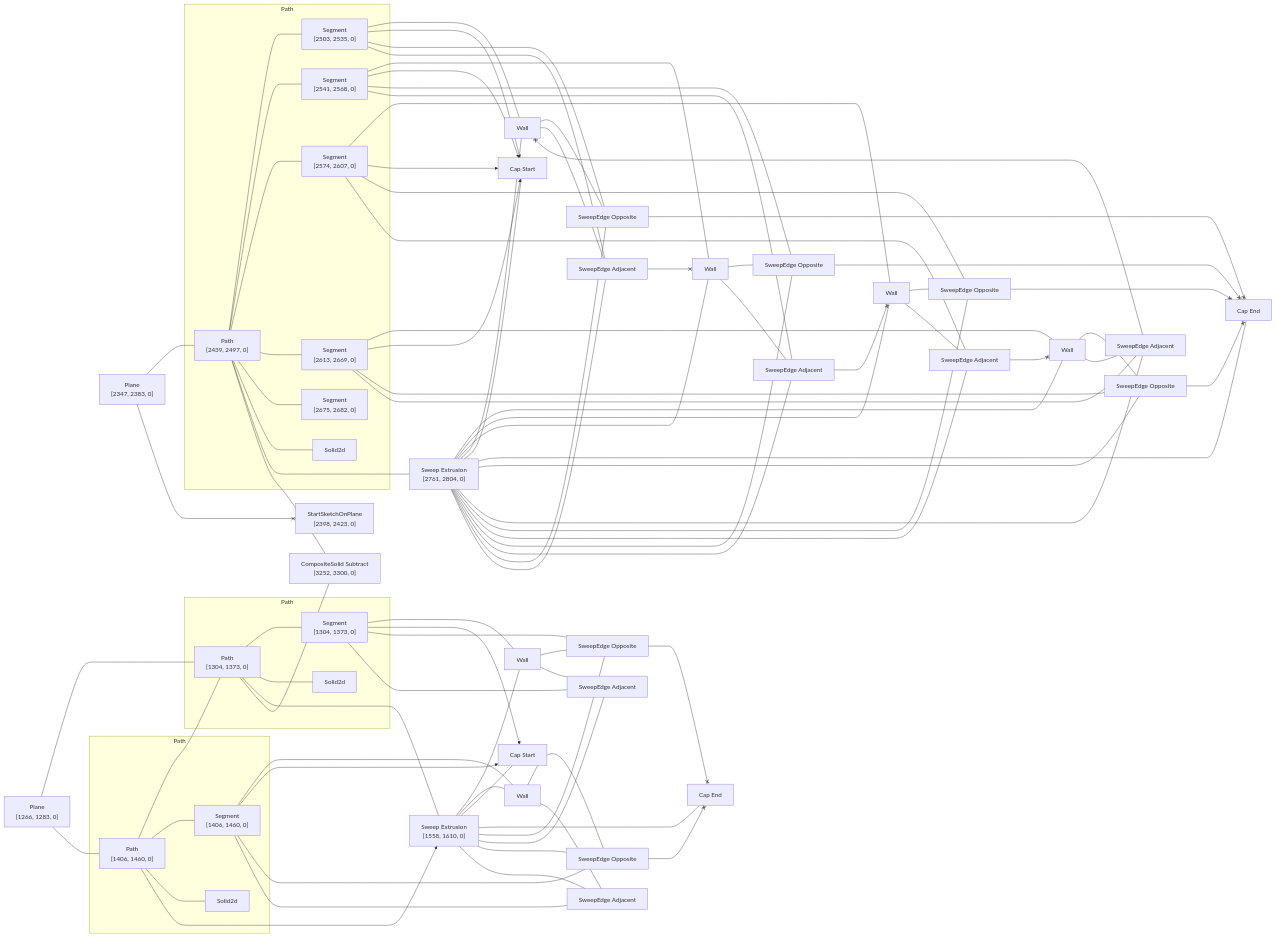
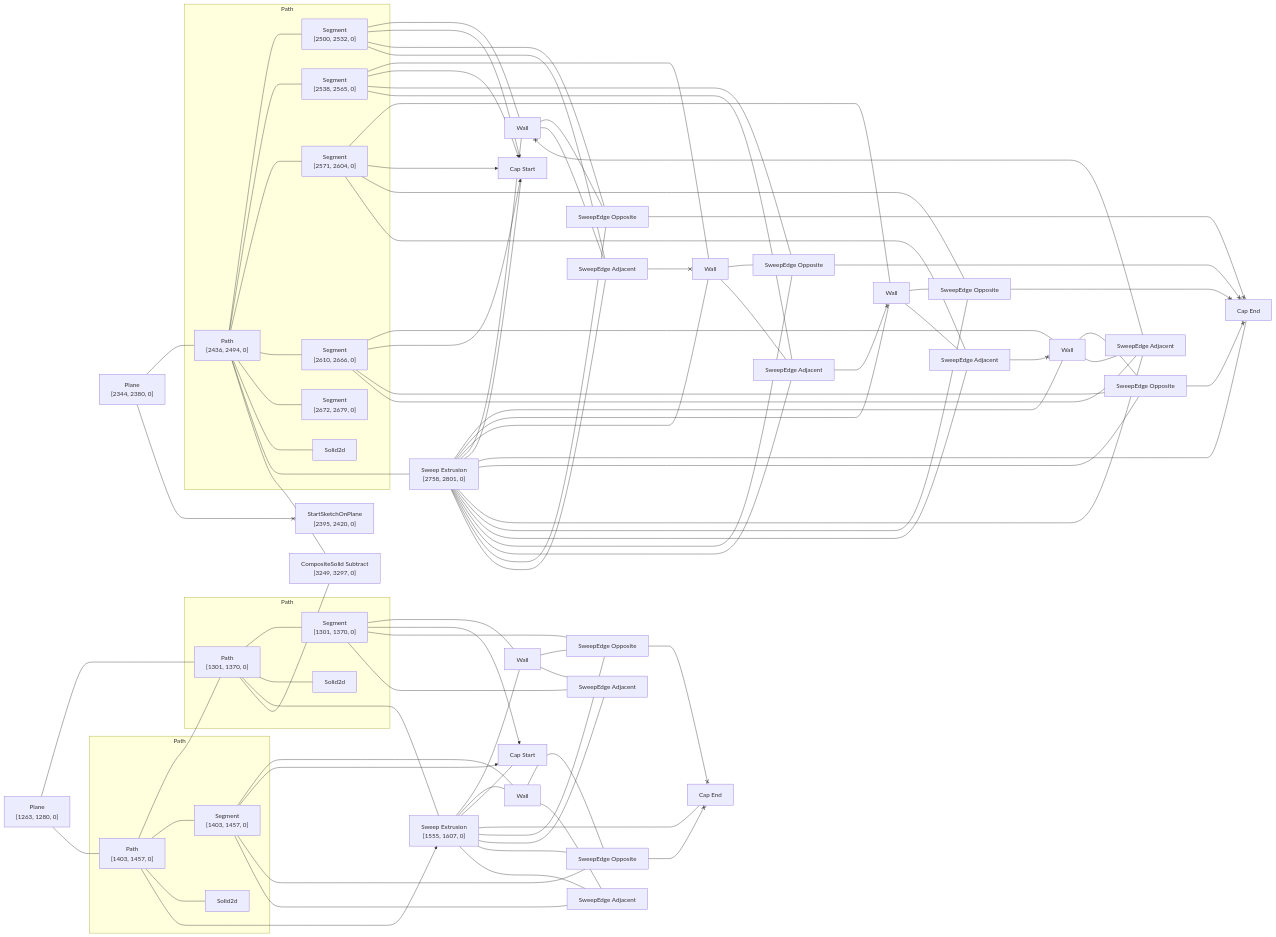
One commit to KittyCAD/modeling-app changed the diagram in rust/kcl-lib/tests/kcl_samples/split-washer-flat-version/artifact_graph_flowchart.snap.md. Above: the diagram before and after it, drawn with Mermaid. The commit also changed 39 other files, not shown here.

````diff
--- a/rust/kcl-lib/tests/kcl_samples/split-washer-flat-version/artifact_graph_flowchart.snap.md
+++ b/rust/kcl-lib/tests/kcl_samples/split-washer-flat-version/artifact_graph_flowchart.snap.md
@@ -1,37 +1,37 @@
 ```mermaid
 flowchart LR
   subgraph path2 [Path]
-    2["Path<br>[1304, 1373, 0]"]
+    2["Path<br>[1301, 1370, 0]"]
       %% [ProgramBodyItem { index: 5 }, VariableDeclarationDeclaration, VariableDeclarationInit, PipeBodyItem { index: 0 }]
-    3["Segment<br>[1304, 1373, 0]"]
+    3["Segment<br>[1301, 1370, 0]"]
       %% [ProgramBodyItem { index: 5 }, VariableDeclarationDeclaration, VariableDeclarationInit, PipeBodyItem { index: 0 }]
     4[Solid2d]
   end
   subgraph path5 [Path]
-    5["Path<br>[1406, 1460, 0]"]
+    5["Path<br>[1403, 1457, 0]"]
       %% [ProgramBodyItem { index: 5 }, VariableDeclarationDeclaration, VariableDeclarationInit, PipeBodyItem { index: 1 }, CallKwArg { index: 0 }, ArrayElement { index: 0 }]
-    6["Segment<br>[1406, 1460, 0]"]
+    6["Segment<br>[1403, 1457, 0]"]
       %% [ProgramBodyItem { index: 5 }, VariableDeclarationDeclaration, VariableDeclarationInit, PipeBodyItem { index: 1 }, CallKwArg { index: 0 }, ArrayElement { index: 0 }]
     7[Solid2d]
   end
   subgraph path18 [Path]
-    18["Path<br>[2439, 2497, 0]"]
+    18["Path<br>[2436, 2494, 0]"]
       %% [ProgramBodyItem { index: 13 }, VariableDeclarationDeclaration, VariableDeclarationInit, PipeBodyItem { index: 0 }]
-    19["Segment<br>[2503, 2535, 0]"]
+    19["Segment<br>[2500, 2532, 0]"]
       %% [ProgramBodyItem { index: 13 }, VariableDeclarationDeclaration, VariableDeclarationInit, PipeBodyItem { index: 1 }]
-    20["Segment<br>[2541, 2568, 0]"]
+    20["Segment<br>[2538, 2565, 0]"]
       %% [ProgramBodyItem { index: 13 }, VariableDeclarationDeclaration, VariableDeclarationInit, PipeBodyItem { index: 2 }]
-    21["Segment<br>[2574, 2607, 0]"]
+    21["Segment<br>[2571, 2604, 0]"]
       %% [ProgramBodyItem { index: 13 }, VariableDeclarationDeclaration, VariableDeclarationInit, PipeBodyItem { index: 3 }]
-    22["Segment<br>[2613, 2669, 0]"]
+    22["Segment<br>[2610, 2666, 0]"]
       %% [ProgramBodyItem { index: 13 }, VariableDeclarationDeclaration, VariableDeclarationInit, PipeBodyItem { index: 4 }]
-    23["Segment<br>[2675, 2682, 0]"]
+    23["Segment<br>[2672, 2679, 0]"]
       %% [ProgramBodyItem { index: 13 }, VariableDeclarationDeclaration, VariableDeclarationInit, PipeBodyItem { index: 5 }]
     24[Solid2d]
   end
-  1["Plane<br>[1266, 1283, 0]"]
+  1["Plane<br>[1263, 1280, 0]"]
     %% [ProgramBodyItem { index: 4 }, VariableDeclarationDeclaration, VariableDeclarationInit]
-  8["Sweep Extrusion<br>[1558, 1610, 0]"]
+  8["Sweep Extrusion<br>[1555, 1607, 0]"]
     %% [ProgramBodyItem { index: 6 }, VariableDeclarationDeclaration, VariableDeclarationInit]
   9[Wall]
     %% face_code_ref=Missing NodePath
@@ -45,9 +45,9 @@
   14["SweepEdge Adjacent"]
   15["SweepEdge Opposite"]
   16["SweepEdge Adjacent"]
-  17["Plane<br>[2347, 2383, 0]"]
+  17["Plane<br>[2344, 2380, 0]"]
     %% [ProgramBodyItem { index: 11 }, VariableDeclarationDeclaration, VariableDeclarationInit]
-  25["Sweep Extrusion<br>[2761, 2804, 0]"]
+  25["Sweep Extrusion<br>[2758, 2801, 0]"]
     %% [ProgramBodyItem { index: 14 }, VariableDeclarationDeclaration, VariableDeclarationInit]
   26[Wall]
     %% face_code_ref=Missing NodePath
@@ -69,9 +69,9 @@
   37["SweepEdge Adjacent"]
   38["SweepEdge Opposite"]
   39["SweepEdge Adjacent"]
-  40["CompositeSolid Subtract<br>[3252, 3300, 0]"]
+  40["CompositeSolid Subtract<br>[3249, 3297, 0]"]
     %% [ProgramBodyItem { index: 15 }, VariableDeclarationDeclaration, VariableDeclarationInit]
-  41["StartSketchOnPlane<br>[2398, 2423, 0]"]
+  41["StartSketchOnPlane<br>[2395, 2420, 0]"]
     %% [ProgramBodyItem { index: 12 }, VariableDeclarationDeclaration, VariableDeclarationInit]
   1 --- 2
   1 --- 5
````
